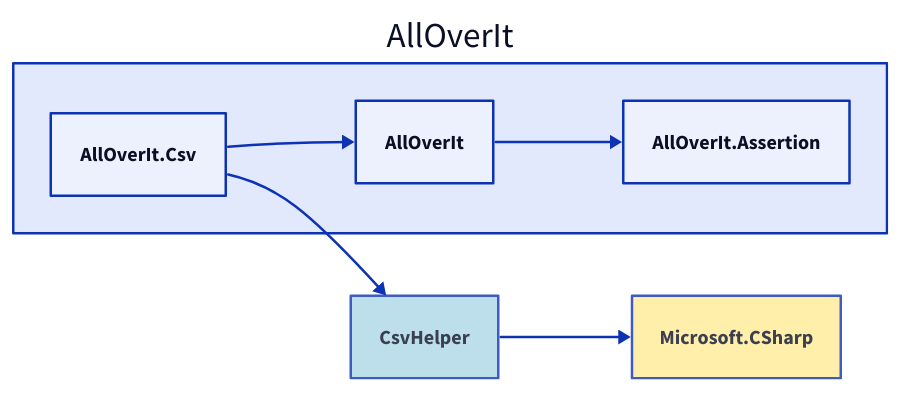
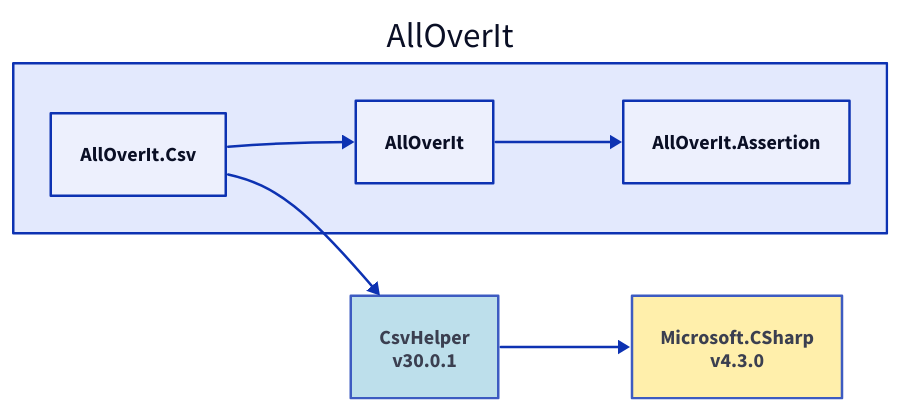
The diagram in Docs/Dependencies/alloverit-csv.d2 (nickathone/AllOverIt), drawn with D2 before and after one commit. The commit also changed 62 other files, not shown here.

```diff
--- a/Docs/Dependencies/alloverit-csv.d2
+++ b/Docs/Dependencies/alloverit-csv.d2
@@ -1,16 +1,16 @@
 direction: right
 
 aoi: AllOverIt
 aoi.alloverit-csv: AllOverIt.Csv
-csvhelper: CsvHelper
-csvhelper.style.fill: "#ADD8E6"
-csvhelper.style.opacity: 0.8
-microsoft-csharp: Microsoft.CSharp
-microsoft-csharp.style.fill: "#FFEC96"
-microsoft-csharp.style.opacity: 0.8
-microsoft-csharp <- csvhelper
-csvhelper <- aoi.alloverit-csv
+csvhelper_30-0-1: CsvHelper\nv30.0.1
+csvhelper_30-0-1.style.fill: "#ADD8E6"
+csvhelper_30-0-1.style.opacity: 0.8
+microsoft-csharp_4-3-0: Microsoft.CSharp\nv4.3.0
+microsoft-csharp_4-3-0.style.fill: "#FFEC96"
+microsoft-csharp_4-3-0.style.opacity: 0.8
+microsoft-csharp_4-3-0 <- csvhelper_30-0-1
+csvhelper_30-0-1 <- aoi.alloverit-csv
 aoi.alloverit: AllOverIt
 aoi.alloverit-assertion: AllOverIt.Assertion
 aoi.alloverit-assertion <- aoi.alloverit
 aoi.alloverit <- aoi.alloverit-csv
```
